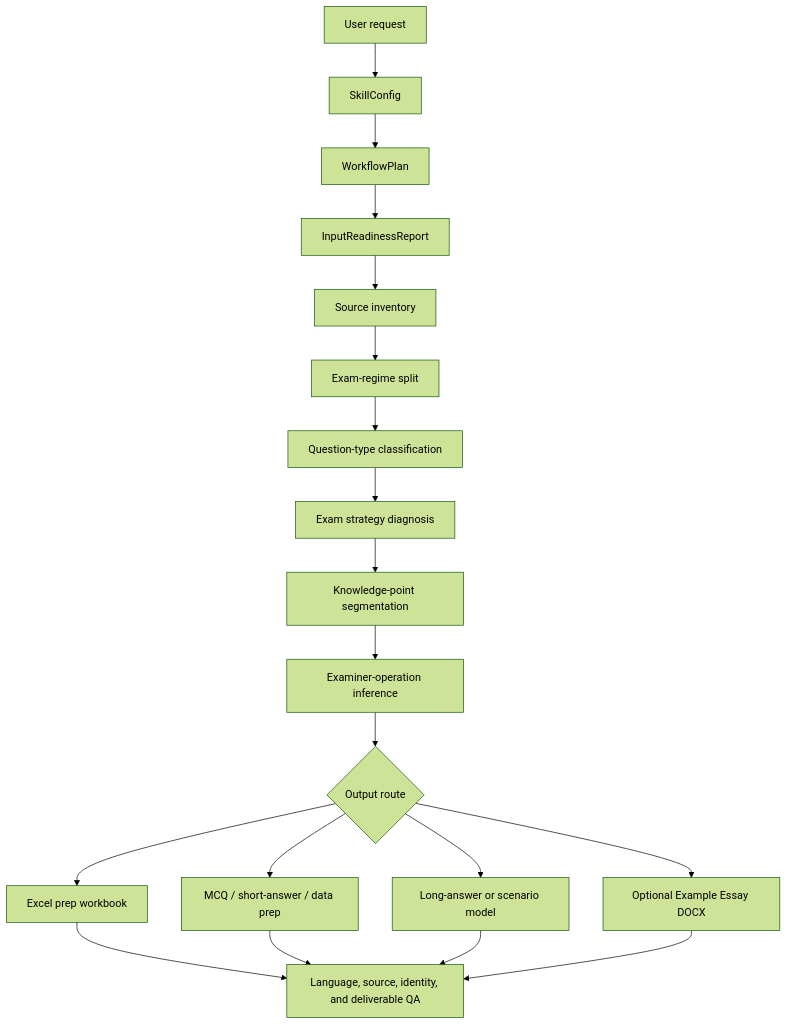
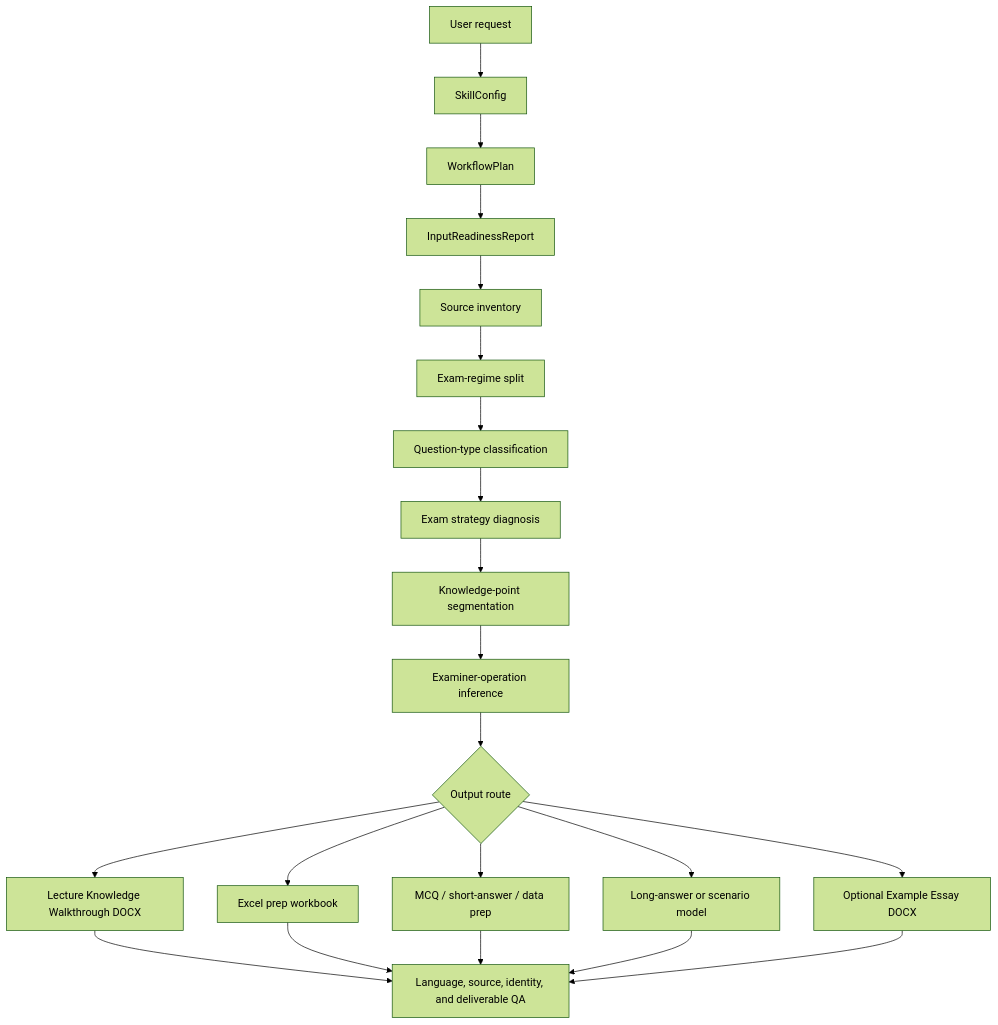
The diagram in README.md (OctavianYimingZhang/sbs-exam-prep-workflow), drawn with Mermaid (forest theme) before and after one commit. The commit also changed other lines of this file and 34 other files, not shown here.

Commit message:
Add knowledge walkthrough docx route

````diff
--- a/README.md
+++ b/README.md
@@ -137,21 +148,23 @@
 ```mermaid
 flowchart TD
     A[User request] --> B[SkillConfig]
     B --> C[WorkflowPlan]
     C --> D[InputReadinessReport]
     D --> E[Source inventory]
     E --> F[Exam-regime split]
     F --> G[Question-type classification]
     G --> H[Exam strategy diagnosis]
     H --> I[Knowledge-point segmentation]
     I --> J[Examiner-operation inference]
     J --> K{Output route}
-    K --> L[Excel prep workbook]
-    K --> M[MCQ / short-answer / data prep]
-    K --> N[Long-answer or scenario model]
-    K --> O[Optional Example Essay DOCX]
+    K --> L[Lecture Knowledge Walkthrough DOCX]
+    K --> M[Excel prep workbook]
+    K --> N[MCQ / short-answer / data prep]
+    K --> O[Long-answer or scenario model]
+    K --> Q[Optional Example Essay DOCX]
     L --> P[Language, source, identity, and deliverable QA]
     M --> P
     N --> P
     O --> P
+    Q --> P
 ```
````
